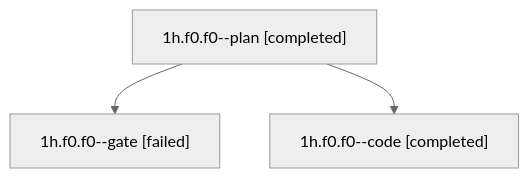
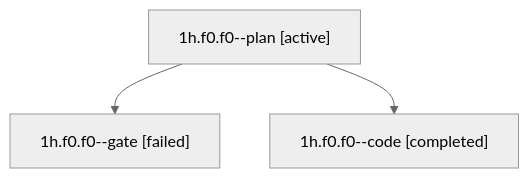
The diagram in families/bbugyi200.apollo.1h.f0.f0.md (sase-org/sase--agents), drawn with Mermaid (neutral theme) before and after one commit. The commit also changed other lines of this file and 150 other files, not shown here.

````diff
--- a/families/bbugyi200.apollo.1h.f0.f0.md
+++ b/families/bbugyi200.apollo.1h.f0.f0.md
@@ -9,8 +9,8 @@
 ```mermaid
 flowchart TD
-  n0["1h.f0.f0--plan [completed]"]
+  n0["1h.f0.f0--plan [active]"]
   n1["1h.f0.f0--gate [failed]"]
   n0 --> n1
   n2["1h.f0.f0--code [completed]"]
   n0 --> n2
 ```
````
